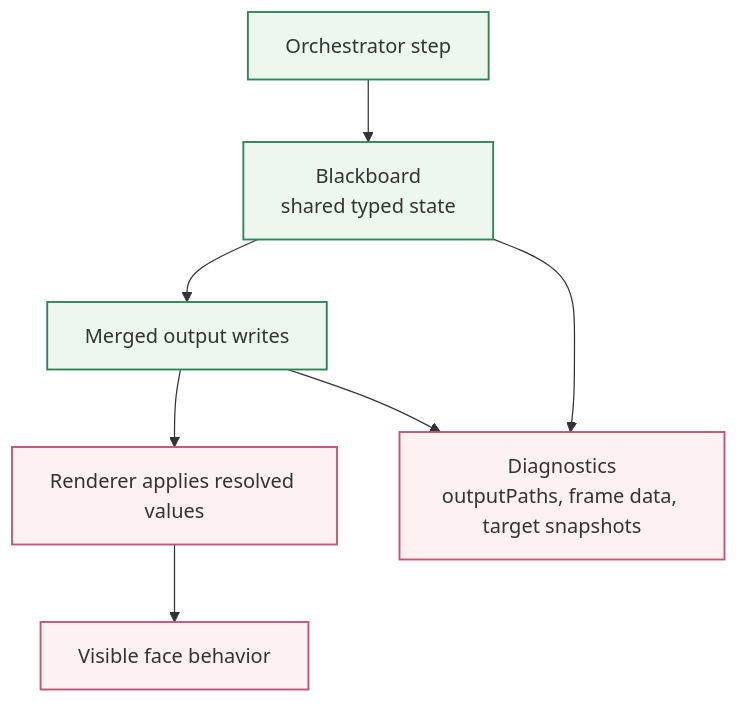
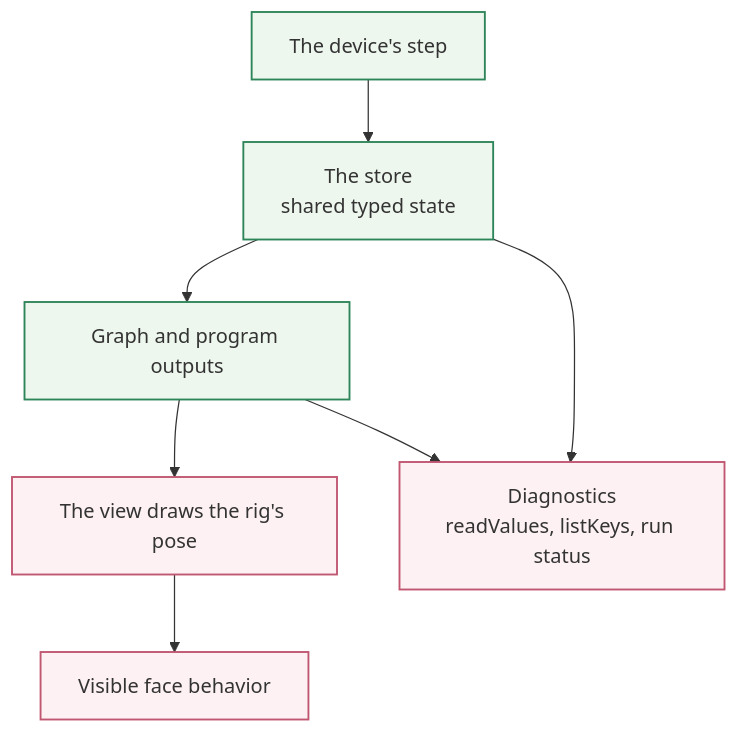
Before and after one commit to vizij-ai/vizij-docs: the second of 2 diagrams in current_documentation/guidebook/control/runtime-inputs-and-semantics.md, drawn with Mermaid. The commit also changed other lines of this file and 6 other files, not shown here.

````diff
--- a/current_documentation/guidebook/control/runtime-inputs-and-semantics.md
+++ b/current_documentation/guidebook/control/runtime-inputs-and-semantics.md
@@ -189,20 +183,20 @@
 ```mermaid
 flowchart TB
     classDef runtime fill:#eef7ee,stroke:#2f855a,stroke-width:1.5px
     classDef observe fill:#fdf1f3,stroke:#c05670,stroke-width:1.5px
 
-    orch["Orchestrator step"]
-    board["Blackboard\nshared typed state"]
-    merged["Merged output writes"]
-    render["Renderer applies resolved values"]
-    diag["Diagnostics\noutputPaths, frame data, target snapshots"]
+    step["The device's step"]
+    board["The store\nshared typed state"]
+    outputs["Graph and program outputs"]
+    view["The view draws the rig's pose"]
+    diag["Diagnostics\nreadValues, listKeys, run status"]
     face["Visible face behavior"]
 
-    orch --> board --> merged
-    merged --> render --> face
-    merged --> diag
+    step --> board --> outputs
+    outputs --> view --> face
+    outputs --> diag
     board --> diag
 
-    class orch,board,merged runtime
-    class render,diag,face observe
+    class step,board,outputs runtime
+    class view,diag,face observe
 ```
````
